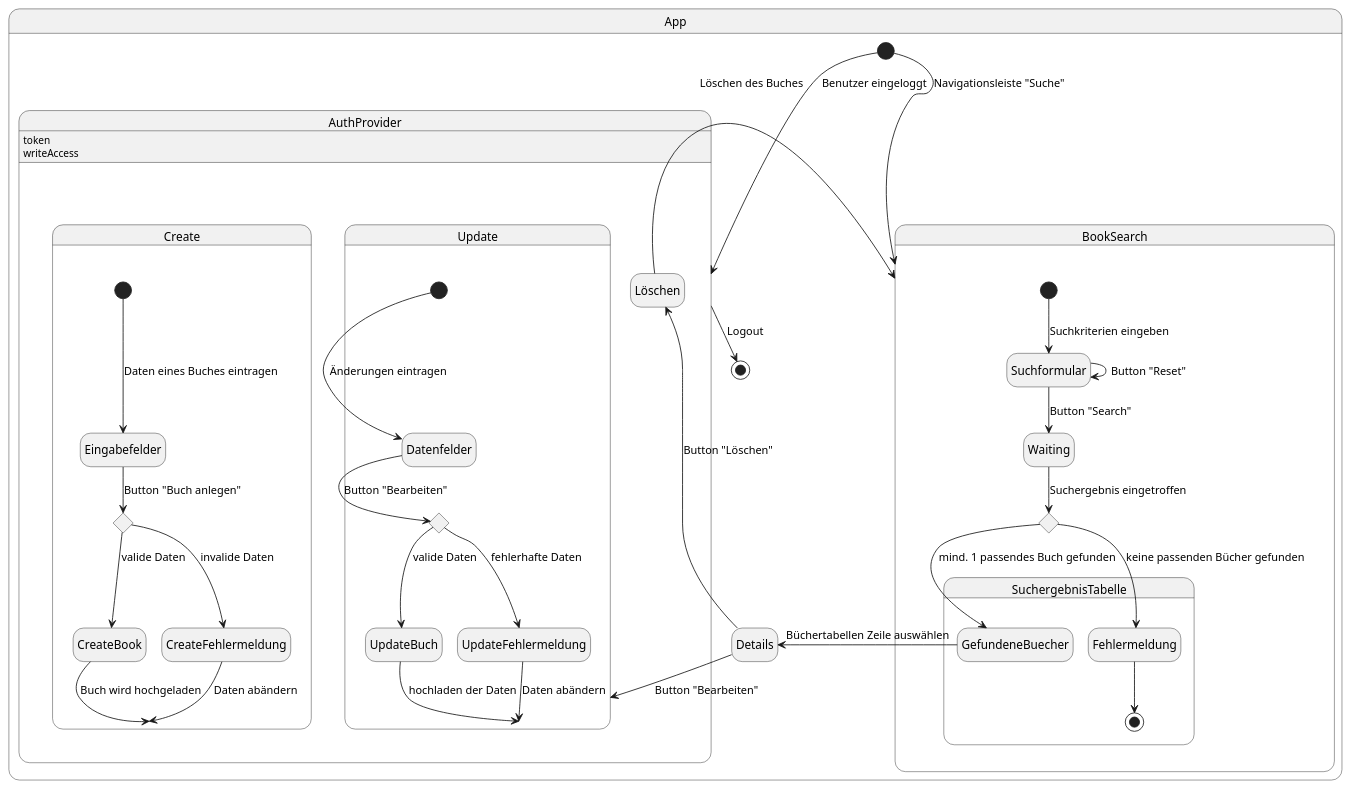
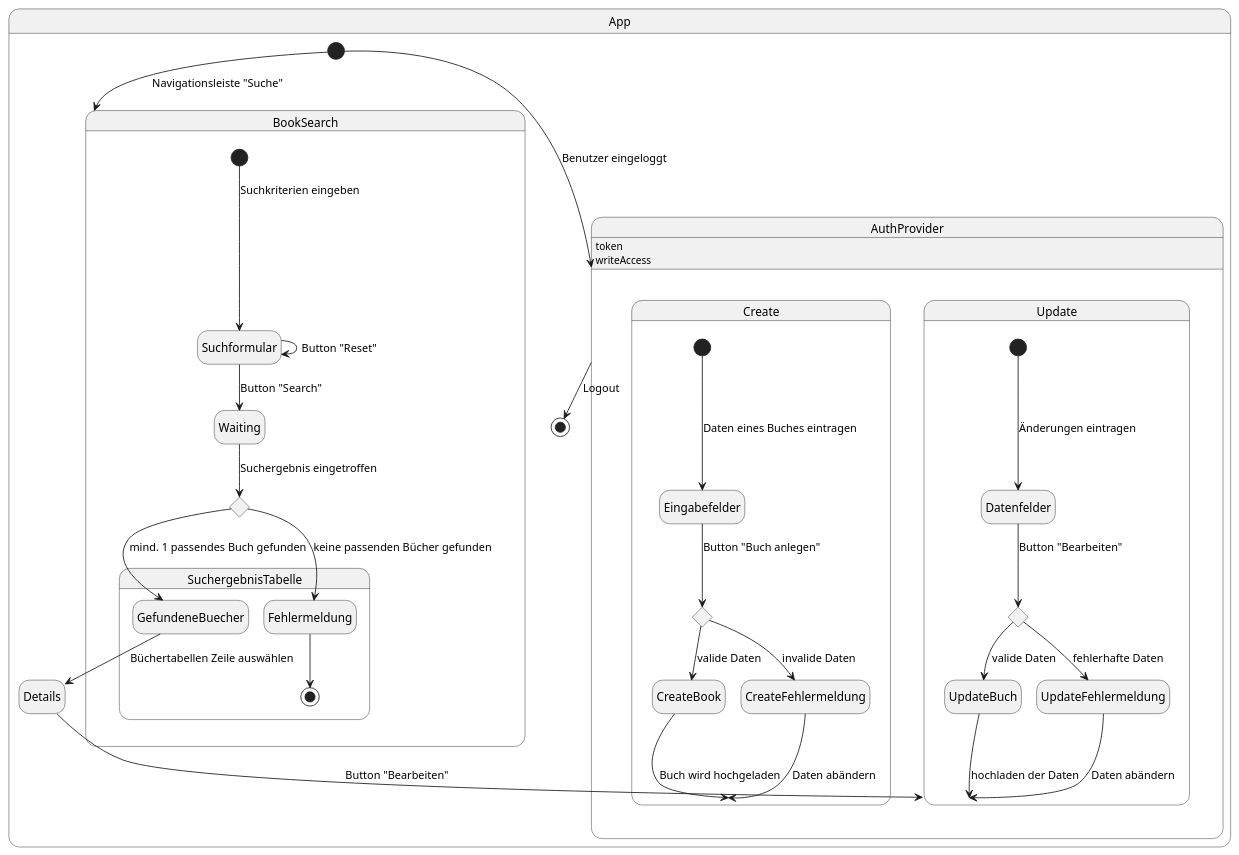
Before and after one commit to Yukasama/buch-web: the diagram in .extras/doc/zustandsdagramm.plantuml, drawn with PlantUML.

Commit message:
fixing statediagramm

```diff
--- a/.extras/doc/zustandsdagramm.plantuml
+++ b/.extras/doc/zustandsdagramm.plantuml
@@ -1,56 +1,54 @@
 @startuml Zustandsdiagramm
 ' Preview durch <Alt>d
 
 hide empty description
 state App {
     AuthProvider --> [*]: Logout
 
     state BookSearch{
         [*] --> Suchformular: Suchkriterien eingeben
         Suchformular --> Waiting: Button "Search"
         Suchformular --> Suchformular: Button "Reset"
         state SearchChoice <<choice>>
         Waiting --> SearchChoice: Suchergebnis eingetroffen
 
         state SuchergebnisTabelle {
 
 
             SearchChoice--> GefundeneBuecher: mind. 1 passendes Buch gefunden
             SearchChoice--> Fehlermeldung: keine passenden Bücher gefunden
             Fehlermeldung --> [*]
         }
     }
     [*] --> BookSearch: Navigationsleiste "Suche"
     GefundeneBuecher --> Details: Büchertabellen Zeile auswählen
 
     state AuthProvider {
         AuthProvider : token
         AuthProvider : writeAccess
         Details --> Update: Button "Bearbeiten"
-        Details --> Löschen: Button "Löschen"
-        Löschen --> BookSearch: Löschen des Buches
 
         state Create {
             [*] ---> Eingabefelder: Daten eines Buches eintragen
             state AddChoice <<choice>>
             Eingabefelder--> AddChoice: Button "Buch anlegen"
             AddChoice --> CreateBook: valide Daten
             AddChoice --> CreateFehlermeldung: invalide Daten
             CreateBook --> Create: Buch wird hochgeladen
             CreateFehlermeldung --> Create: Daten abändern
         }
         state Update {
             [*] ---> Datenfelder: Änderungen eintragen
             state UpdateChoice <<choice>>
             Datenfelder--> UpdateChoice: Button "Bearbeiten"
             UpdateBuch --> Update: hochladen der Daten
             UpdateChoice --> UpdateFehlermeldung: fehlerhafte Daten
             UpdateChoice --> UpdateBuch: valide Daten
             UpdateFehlermeldung --> Update: Daten abändern
         }
 
     }
 
     [*] --> AuthProvider: Benutzer eingeloggt
 }
 @enduml
```
